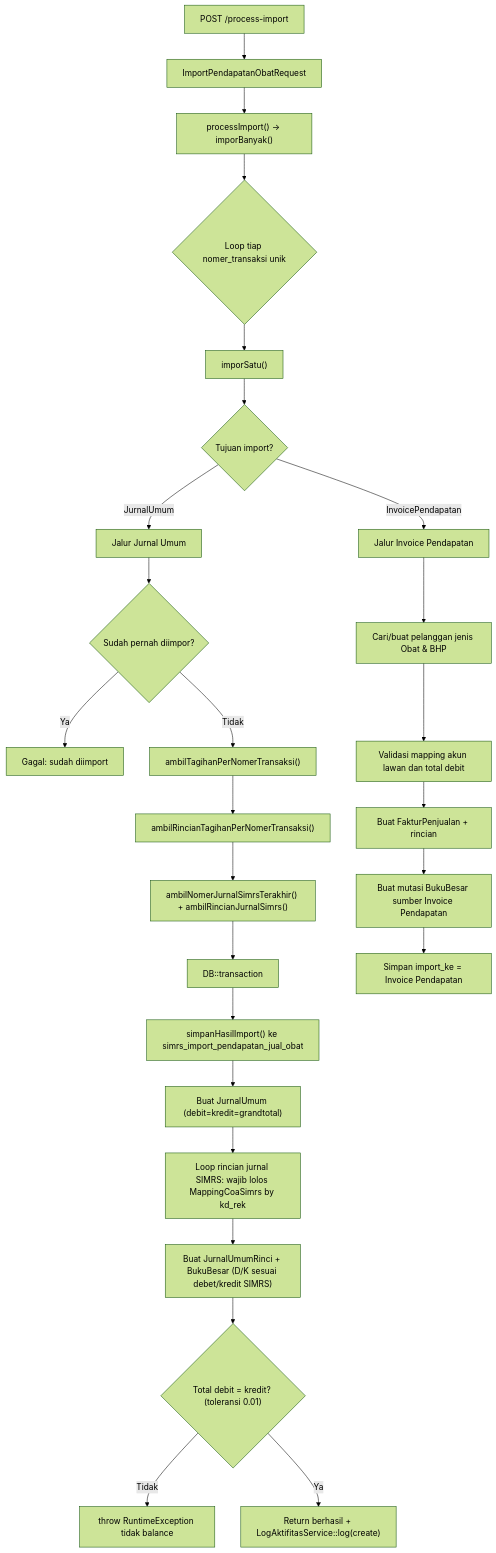
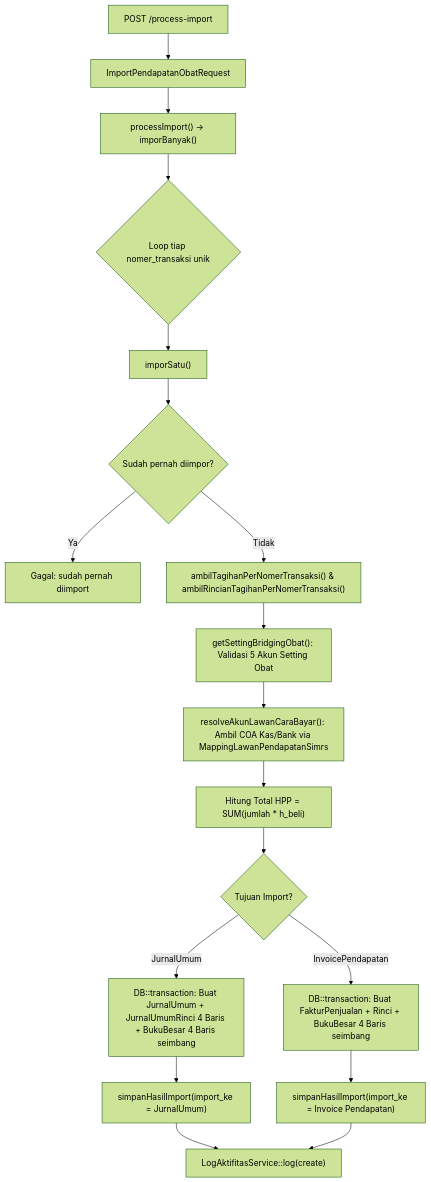
Before and after one commit to AltamaSidoarjo/laravel-siakurat-pt-smt: the second of 4 diagrams in dokumentasi/bridging-pendapatan-obat.md, drawn with Mermaid (forest theme). The commit also changed other lines of this file and 18 other files, not shown here.

Commit message:
feat(bridging-obat): hapus ketergantungan jurnal SIMRS, gunakan cara bayar kasir & setting akun obat terpusat

````diff
--- a/dokumentasi/bridging-pendapatan-obat.md
+++ b/dokumentasi/bridging-pendapatan-obat.md
@@ -76,28 +85,20 @@
 ```mermaid
 flowchart TD
     A["POST /process-import"] --> B["ImportPendapatanObatRequest"]
     B --> C["processImport() -> imporBanyak()"]
     C --> D{"Loop tiap nomer_transaksi unik"}
     D --> E["imporSatu()"]
-    E --> F{"Tujuan import?"}
-    F -- JurnalUmum --> G["Jalur Jurnal Umum"]
-    F -- InvoicePendapatan --> G2["Jalur Invoice Pendapatan"]
-    G --> H{"Sudah pernah diimpor?"}
-    H -- Ya --> I["Gagal: sudah diimport"]
-    H -- Tidak --> J["ambilTagihanPerNomerTransaksi()"]
-    J --> K["ambilRincianTagihanPerNomerTransaksi()"]
-    K --> L["ambilNomerJurnalSimrsTerakhir() + ambilRincianJurnalSimrs()"]
-    L --> M["DB::transaction"]
-    M --> N["simpanHasilImport() ke simrs_import_pendapatan_jual_obat"]
-    N --> O["Buat JurnalUmum (debit=kredit=grandtotal)"]
-    O --> P["Loop rincian jurnal SIMRS: wajib lolos MappingCoaSimrs by kd_rek"]
-    P --> Q["Buat JurnalUmumRinci + BukuBesar (D/K sesuai debet/kredit SIMRS)"]
-    Q --> R{"Total debit = kredit? (toleransi 0.01)"}
-    R -- Tidak --> S["throw RuntimeException tidak balance"]
-    R -- Ya --> T["Return berhasil + LogAktifitasService::log(create)"]
-    G2 --> U["Cari/buat pelanggan jenis Obat & BHP"]
-    U --> V["Validasi mapping akun lawan dan total debit"]
-    V --> W["Buat FakturPenjualan + rincian"]
-    W --> X["Buat mutasi BukuBesar sumber Invoice Pendapatan"]
-    X --> Y["Simpan import_ke = Invoice Pendapatan"]
+    E --> F{"Sudah pernah diimpor?"}
+    F -- Ya --> F1["Gagal: sudah pernah diimport"]
+    F -- Tidak --> G["ambilTagihanPerNomerTransaksi() & ambilRincianTagihanPerNomerTransaksi()"]
+    G --> H["getSettingBridgingObat(): Validasi 5 Akun Setting Obat"]
+    H --> I["resolveAkunLawanCaraBayar(): Ambil COA Kas/Bank via MappingLawanPendapatanSimrs"]
+    I --> J["Hitung Total HPP = SUM(jumlah * h_beli)"]
+    J --> K{"Tujuan Import?"}
+    K -- JurnalUmum --> L["DB::transaction: Buat JurnalUmum + JurnalUmumRinci 4 Baris + BukuBesar 4 Baris seimbang"]
+    K -- InvoicePendapatan --> M["DB::transaction: Buat FakturPenjualan + Rinci + BukuBesar 4 Baris seimbang"]
+    L --> N["simpanHasilImport(import_ke = JurnalUmum)"]
+    M --> O["simpanHasilImport(import_ke = Invoice Pendapatan)"]
+    N --> P["LogAktifitasService::log(create)"]
+    O --> P
 ```
````
